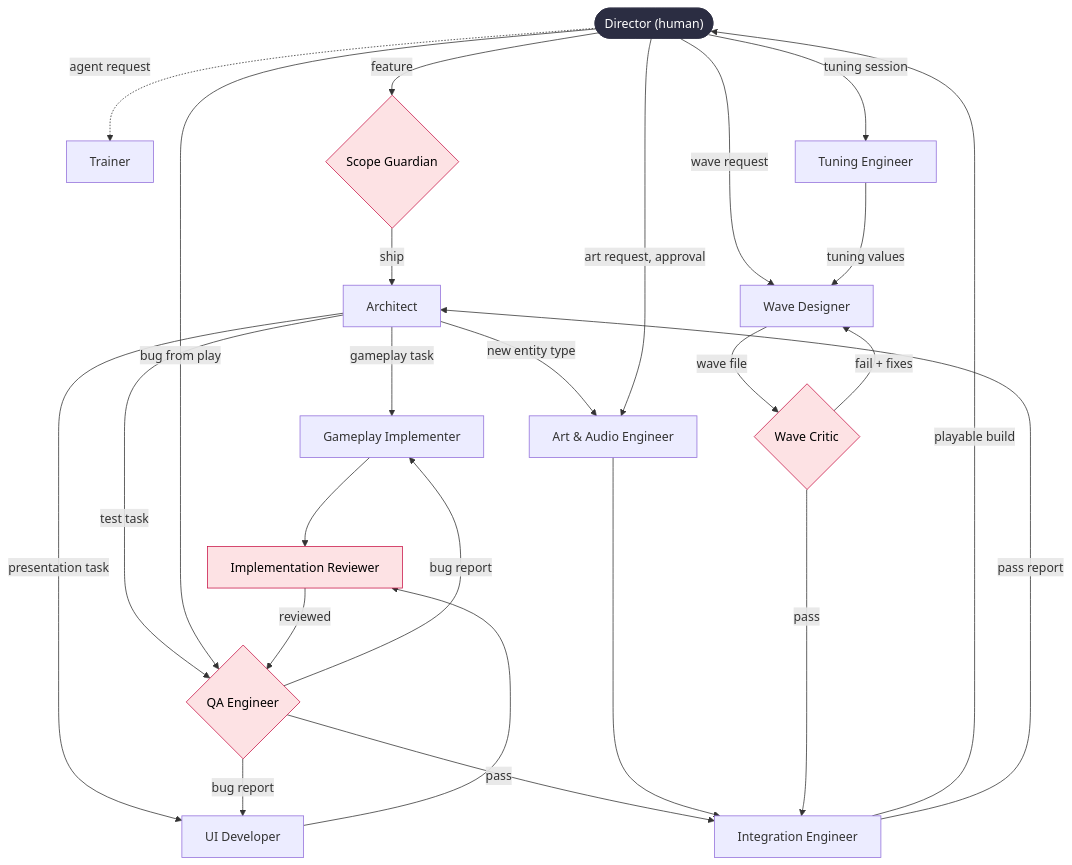
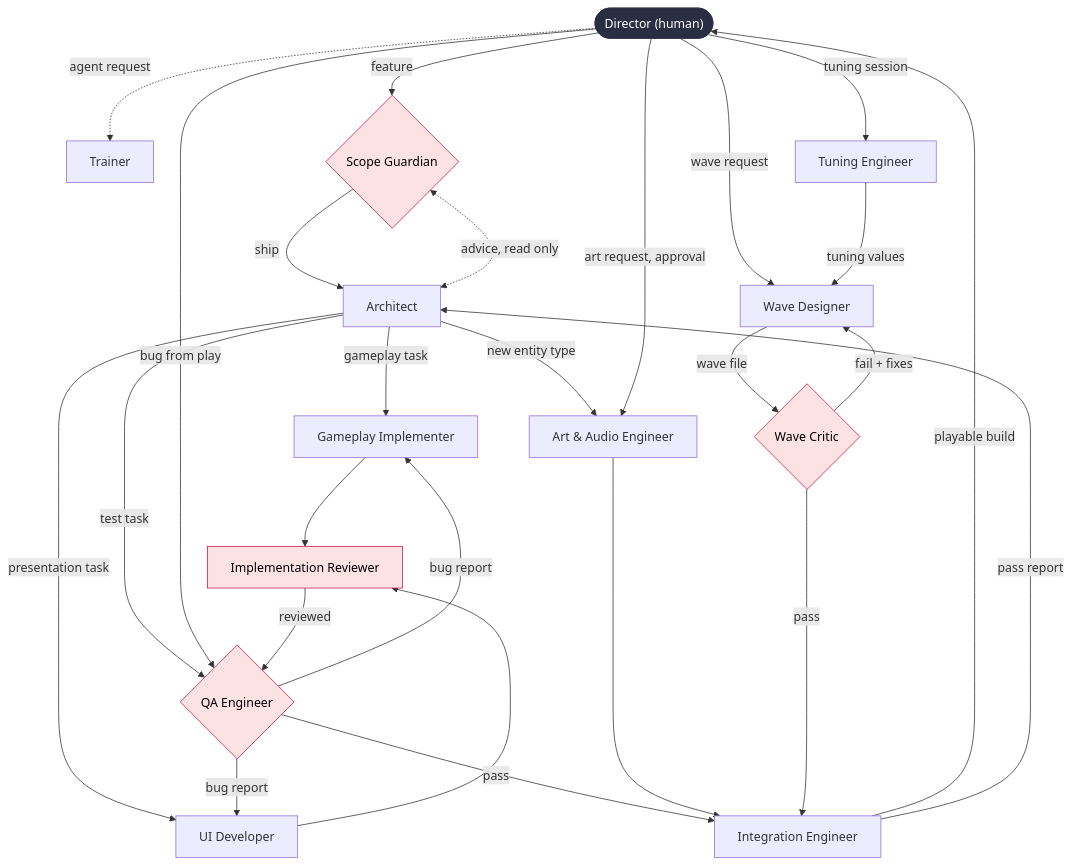
The diagram in docs/crew/roster.md (david-mntl/driftward-ace), drawn with Mermaid before and after one commit. The commit also changed other lines of this file and 2 other files, not shown here.

Commit message:
docs(agents): add Architect advice mode for the Scope Guardian

````diff
--- a/docs/crew/roster.md
+++ b/docs/crew/roster.md
@@ -7,46 +7,47 @@
 ```mermaid
 flowchart TD
     D(["Director (human)"])
     T["Trainer"]
     SG{"Scope Guardian"}
     AR["Architect"]
     GI["Gameplay Implementer"]
     UI["UI Developer"]
     AA["Art & Audio Engineer"]
     IR["Implementation Reviewer"]
     QA{"QA Engineer"}
     IE["Integration Engineer"]
     TE["Tuning Engineer"]
     WD["Wave Designer"]
     WC{"Wave Critic"}
 
     D -.->|agent request| T
     D -->|feature| SG
     SG -->|ship| AR
+    SG <-.->|advice, read only| AR
     AR -->|gameplay task| GI
     AR -->|presentation task| UI
     AR -->|new entity type| AA
     AR -->|test task| QA
     D -->|bug from play| QA
     GI --> IR
     UI --> IR
     IR -->|reviewed| QA
     QA -->|bug report| GI
     QA -->|bug report| UI
     QA -->|pass| IE
     AA --> IE
     D -->|tuning session| TE
     D -->|wave request| WD
     D -->|art request, approval| AA
     TE -->|tuning values| WD
     WD -->|wave file| WC
     WC -->|fail + fixes| WD
     WC -->|pass| IE
     IE -->|playable build| D
     IE -->|pass report| AR
 
     classDef human fill:#2b2d42,color:#fff,stroke:#2b2d42
     classDef critic fill:#fde2e4,stroke:#c9184a,color:#000
     class D human
     class SG,QA,WC,IR critic
 ```
````
